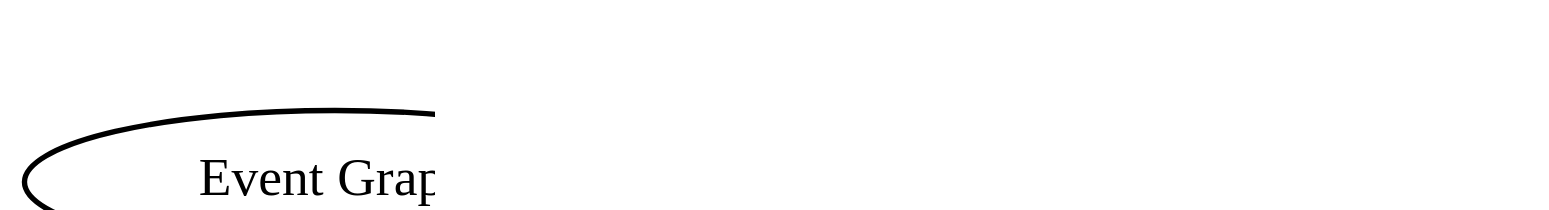
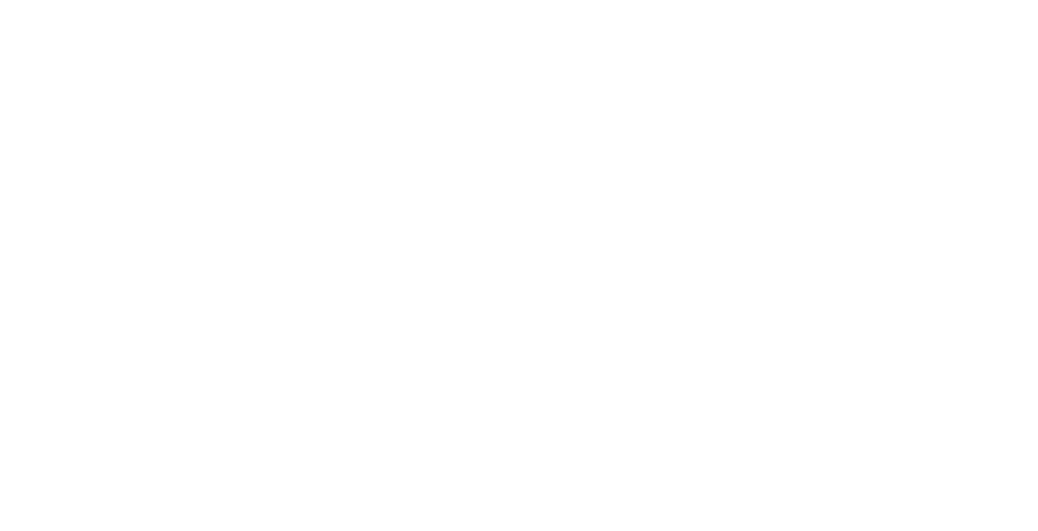
One commit to ihaeyong/drama-graph changed the diagram in jupyter/round-table.gv. Above: the diagram before and after it, drawn with Graphviz. The commit also changed 4 other files, not shown here.

Commit message:
graph update

```diff
--- a/jupyter/round-table.gv
+++ b/jupyter/round-table.gv
@@ -1,18 +1,10 @@
-graph G {
+digraph {
 	graph [dpi=300 rankdir=TB rotate=0 size="4,2"]
 	node [fontsize=10 height=0.1]
 	edge [fontsize=10]
-	"Event Graph"
-	subgraph clusterA {
-		livingroom
-		none
-	}
-	subgraph clusterB {
-		livingroom
-		none
-	}
-	subgraph clusterC {
-		livingroom
-		none
-	}
+	Dokyung [shape=rectangle]
+	Haeyoung1 [shape=rectangle]
+	Haeyoung2 [shape=rectangle]
+	Dokyung -> Haeyoung1 [label=Unfriendly]
+	Dokyung -> Haeyoung2 [label=Unknown]
 }
```
